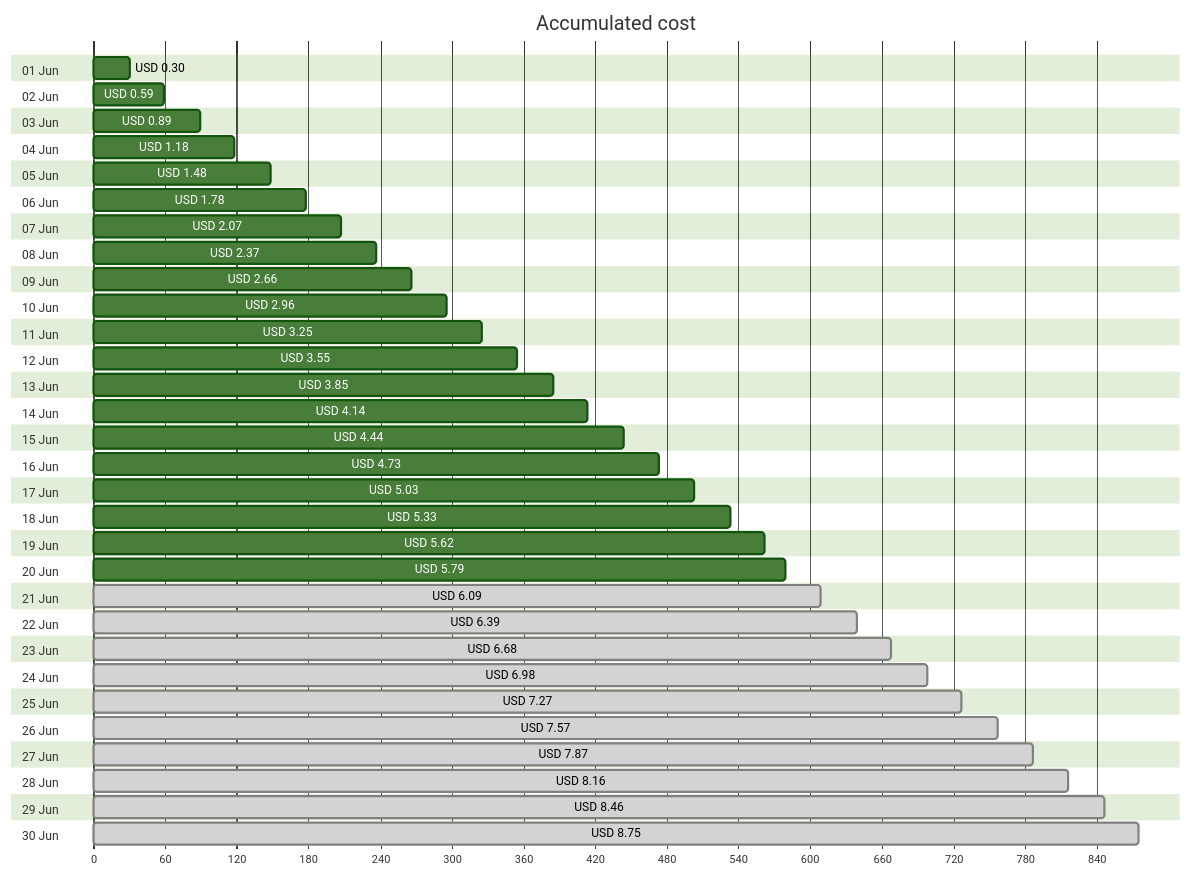
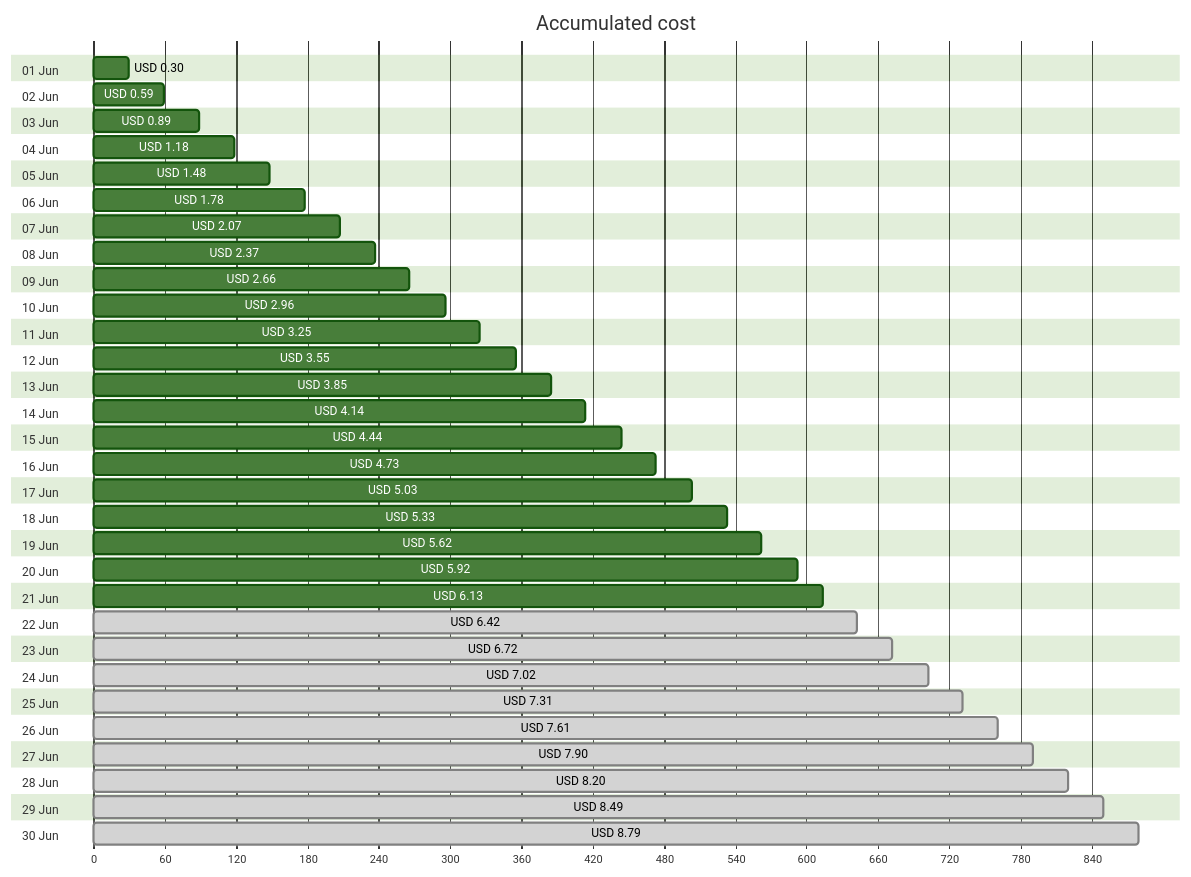
The first of 4 diagrams in cost-reports/personal-site/personal-site-preview.md (jpfulton/azure-personal-reports), drawn with Mermaid (forest theme) before and after one commit. The commit also changed other lines of this file and 6 other files, not shown here.

````diff
--- a/cost-reports/personal-site/personal-site-preview.md
+++ b/cost-reports/personal-site/personal-site-preview.md
@@ -20,66 +20,66 @@
 ```mermaid
 gantt
    title Accumulated cost
    dateFormat  X
    axisFormat %s
    section 01 Jun
    USD 0.30 :0, 30
    section 02 Jun
    USD 0.59 :0, 59
    section 03 Jun
    USD 0.89 :0, 89
    section 04 Jun
    USD 1.18 :0, 118
    section 05 Jun
    USD 1.48 :0, 148
    section 06 Jun
    USD 1.78 :0, 178
    section 07 Jun
    USD 2.07 :0, 207
    section 08 Jun
    USD 2.37 :0, 237
    section 09 Jun
    USD 2.66 :0, 266
    section 10 Jun
    USD 2.96 :0, 296
    section 11 Jun
    USD 3.25 :0, 325
    section 12 Jun
    USD 3.55 :0, 355
    section 13 Jun
    USD 3.85 :0, 385
    section 14 Jun
    USD 4.14 :0, 414
    section 15 Jun
    USD 4.44 :0, 444
    section 16 Jun
    USD 4.73 :0, 473
    section 17 Jun
    USD 5.03 :0, 503
    section 18 Jun
    USD 5.33 :0, 533
    section 19 Jun
    USD 5.62 :0, 562
    section 20 Jun
-   USD 5.79 :0, 579
+   USD 5.92 :0, 592
    section 21 Jun
-   USD 6.09 : done, 0, 609
+   USD 6.13 :0, 613
    section 22 Jun
-   USD 6.39 : done, 0, 639
+   USD 6.42 : done, 0, 642
    section 23 Jun
-   USD 6.68 : done, 0, 668
+   USD 6.72 : done, 0, 672
    section 24 Jun
-   USD 6.98 : done, 0, 698
+   USD 7.02 : done, 0, 702
    section 25 Jun
-   USD 7.27 : done, 0, 727
+   USD 7.31 : done, 0, 731
    section 26 Jun
-   USD 7.57 : done, 0, 757
+   USD 7.61 : done, 0, 761
    section 27 Jun
-   USD 7.87 : done, 0, 787
+   USD 7.90 : done, 0, 790
    section 28 Jun
-   USD 8.16 : done, 0, 816
+   USD 8.20 : done, 0, 820
    section 29 Jun
-   USD 8.46 : done, 0, 846
+   USD 8.49 : done, 0, 849
    section 30 Jun
-   USD 8.75 : done, 0, 875
+   USD 8.79 : done, 0, 879
 ```
````
